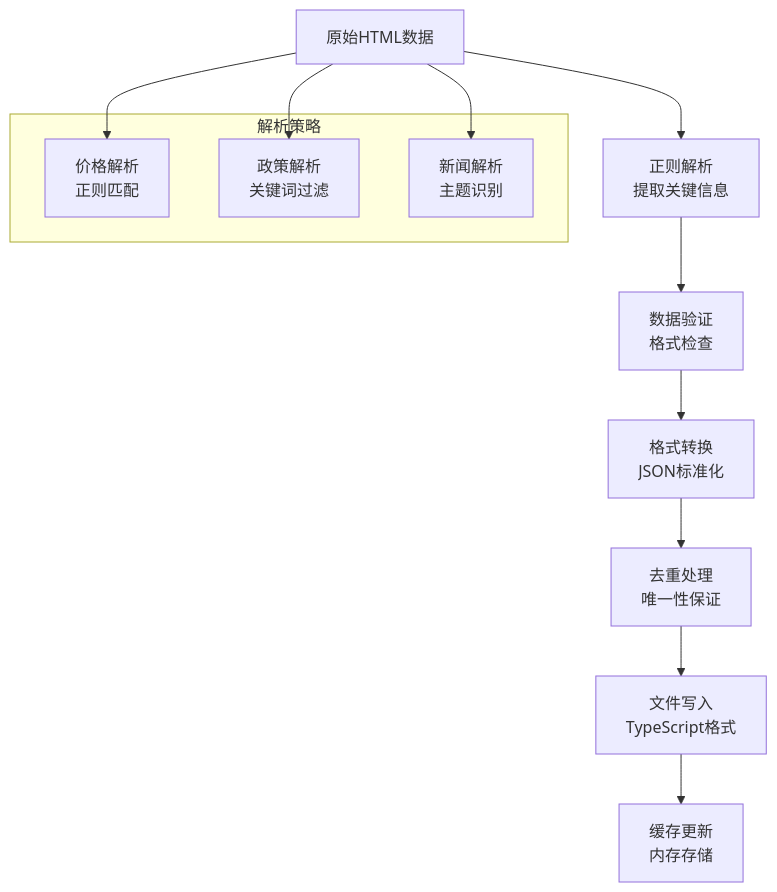
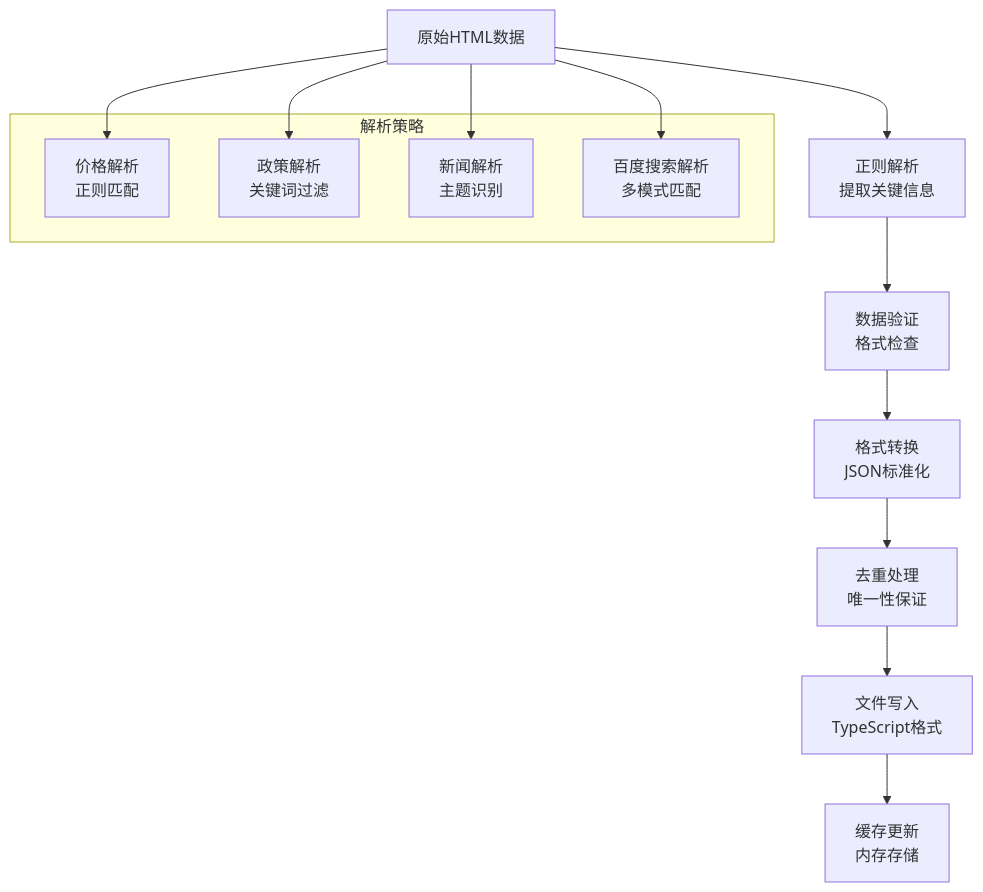
The fourth of 6 diagrams in .qoder/repowiki/zh/content/数据管理/数据管理.md (liangxuanliang-cmd/carbon-info-agent), drawn with Mermaid before and after one commit. The commit also changed other lines of this file and 6 other files, not shown here.

````diff
--- a/.qoder/repowiki/zh/content/数据管理/数据管理.md
+++ b/.qoder/repowiki/zh/content/数据管理/数据管理.md
@@ -308,17 +353,19 @@
 ```mermaid
 flowchart TD
 RawHTML["原始HTML数据"] --> Parse["正则解析<br/>提取关键信息"]
 Parse --> Validate["数据验证<br/>格式检查"]
 Validate --> Convert["格式转换<br/>JSON标准化"]
 Convert --> Dedupe["去重处理<br/>唯一性保证"]
 Dedupe --> Write["文件写入<br/>TypeScript格式"]
 Write --> Cache["缓存更新<br/>内存存储"]
 subgraph "解析策略"
 P1["价格解析<br/>正则匹配"]
 P2["政策解析<br/>关键词过滤"]
 P3["新闻解析<br/>主题识别"]
+P4["百度搜索解析<br/>多模式匹配"]
 end
 RawHTML --> P1
 RawHTML --> P2
 RawHTML --> P3
+RawHTML --> P4
 ```
````
